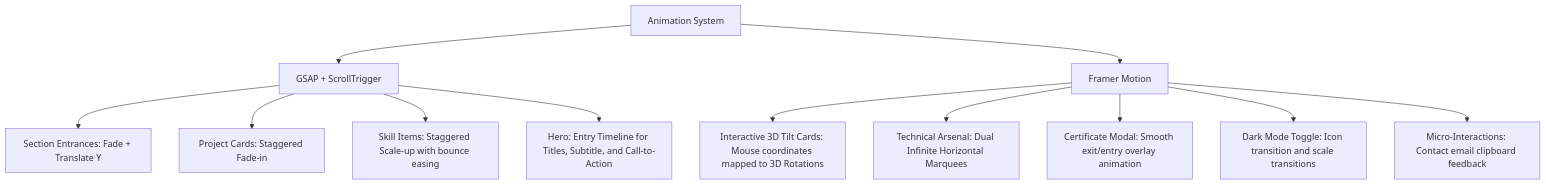
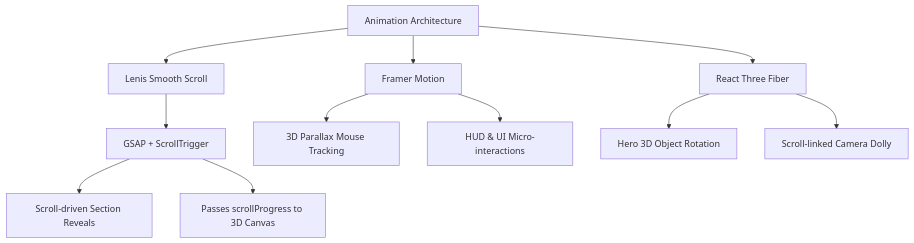
The diagram in docs/PROJECT_SUMMARY.md (a-zahi2002/Portfolio_Zahi), drawn with Mermaid before and after one commit. The commit also changed other lines of this file and 1 other file, not shown here.

Commit message:
feat: upgrade to cyber terminal aesthetic with 3D R3F integration, Supabase CMS, and comprehensive project documentation.

````diff
--- a/docs/PROJECT_SUMMARY.md
+++ b/docs/PROJECT_SUMMARY.md
@@ -100,16 +73,16 @@
 ```mermaid
 graph TD
-    A[Animation System] --> B[GSAP + ScrollTrigger]
-    A --> C[Framer Motion]
+    A[Animation Architecture] --> B[Lenis Smooth Scroll]
+    B --> C[GSAP + ScrollTrigger]
+    A --> D[Framer Motion]
+    A --> E[React Three Fiber]
     
-    B --> B1[Section Entrances: Fade + Translate Y]
-    B --> B2[Project Cards: Staggered Fade-in]
-    B --> B3[Skill Items: Staggered Scale-up with bounce easing]
-    B --> B4[Hero: Entry Timeline for Titles, Subtitle, and Call-to-Action]
+    C --> C1[Scroll-driven Section Reveals]
+    C --> C2[Passes scrollProgress to 3D Canvas]
     
-    C --> C1[Interactive 3D Tilt Cards: Mouse coordinates mapped to 3D Rotations]
-    C --> C2[Technical Arsenal: Dual Infinite Horizontal Marquees]
-    C --> C3[Certificate Modal: Smooth exit/entry overlay animation]
-    C --> C4[Dark Mode Toggle: Icon transition and scale transitions]
-    C --> C5[Micro-Interactions: Contact email clipboard feedback]
+    D --> D1[3D Parallax Mouse Tracking]
+    D --> D2[HUD & UI Micro-interactions]
+    
+    E --> E1[Hero 3D Object Rotation]
+    E --> E2[Scroll-linked Camera Dolly]
 ```
````
